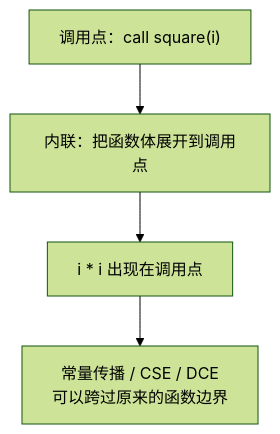
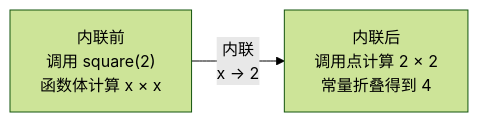
The first of 2 diagrams in docs/optim/ir-inline.md (lightsmilew/compiler-principles), drawn with Mermaid (forest theme) before and after one commit. The commit also changed other lines of this file and 25 other files, not shown here.

Commit message:
优化部分表述、图表、更换资源来源

````diff
--- a/docs/optim/ir-inline.md
+++ b/docs/optim/ir-inline.md
@@ -47,6 +47,4 @@
 ```mermaid
-flowchart TB
-  A["调用点：call square(i)"] --> B["内联：把函数体展开到调用点"]
-  B --> C["i * i 出现在调用点"]
-  C --> D["常量传播 / CSE / DCE<br/>可以跨过原来的函数边界"]
+flowchart LR
+  A["内联前<br/>调用 square(2)<br/>函数体计算 x × x"] -->|"内联<br/>x → 2"| B["内联后<br/>调用点计算 2 × 2<br/>常量折叠得到 4"]
 ```
````
